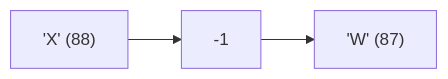
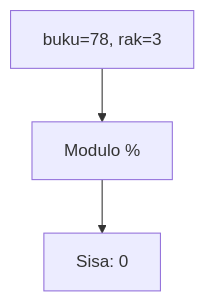
The third of 25 diagrams in part-c-pemahaman-cpp/01-tipe-data/latihan/set-01.md (amnahwaida/OSNK_INF_PREP), drawn with Mermaid before and after one commit. The commit also changed other lines of this file and 71 other files, not shown here.

````diff
--- a/part-c-pemahaman-cpp/01-tipe-data/latihan/set-01.md
+++ b/part-c-pemahaman-cpp/01-tipe-data/latihan/set-01.md
@@ -76,5 +79,5 @@
 ```mermaid
-graph LR
-A["'X' (88)"] --> B["-1"]
-B --> C["'W' (87)"]
+graph TD
+A["buku=78, rak=3"] --> B["Modulo %"]
+B --> C["Sisa: 0"]
 ```
````
